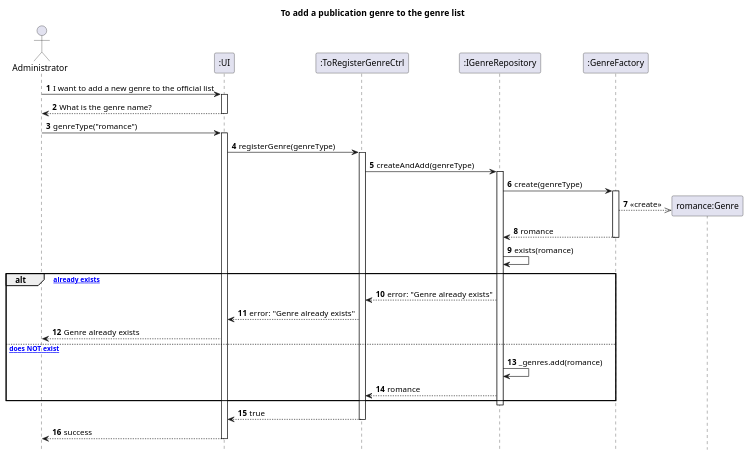
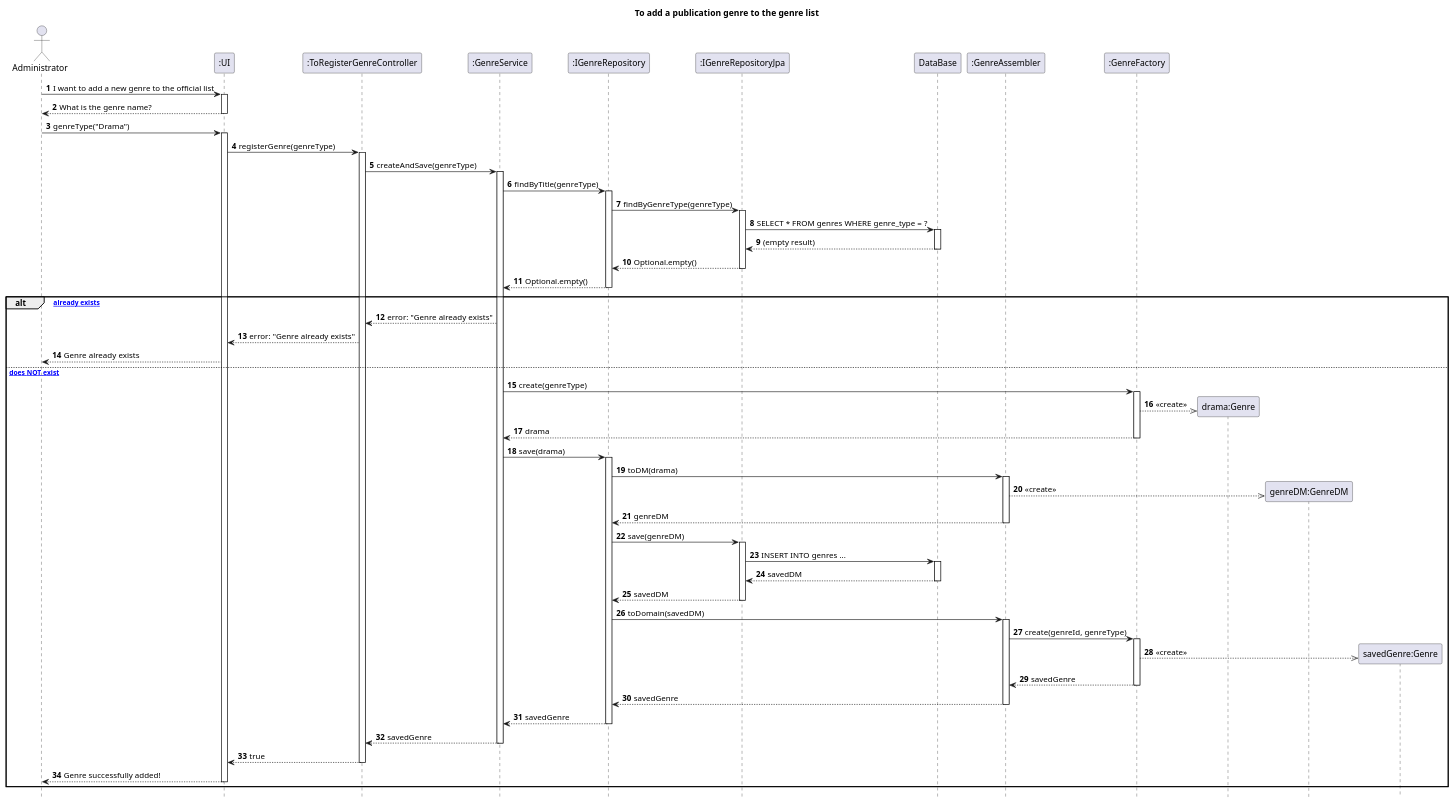
Before and after one commit to AndrePereiraGitH/SWitCH-Project-Team_A: the diagram in Diagrams/SequenceDiagrams/N2/To-add-a-publication-genre-to-the-genre-list.puml, drawn with PlantUML. The commit also changed 2 other files, not shown here.

Commit message:
docs: update ToRegisterGenre diagrams to include persistence layer #754

```diff
--- a/Diagrams/SequenceDiagrams/N2/To-add-a-publication-genre-to-the-genre-list.puml
+++ b/Diagrams/SequenceDiagrams/N2/To-add-a-publication-genre-to-the-genre-list.puml
@@ -1,53 +1,104 @@
 @startuml
 hide footbox
 autonumber
 title To add a publication genre to the genre list
 
 actor Administrator
 participant ":UI" as UI
-participant ":ToRegisterGenreCtrl" as Ctrl
-participant ":IGenreRepository" as genreRepo
-participant ":GenreFactory" as factory
+participant ":ToRegisterGenreController" as Ctrl
+participant ":GenreService" as Service
+participant ":IGenreRepository" as Repo
+participant ":IGenreRepositoryJpa" as JpaRepo
+participant "DataBase" as DB
+participant ":GenreAssembler" as Assembler
+participant ":GenreFactory" as Factory
 
 Administrator -> UI : I want to add a new genre to the official list
 activate UI
 UI --> Administrator : What is the genre name?
 deactivate UI
-Administrator -> UI : genreType("romance")
-
+Administrator -> UI : genreType("Drama")
 activate UI
 
 UI -> Ctrl : registerGenre(genreType)
 activate Ctrl
 
-Ctrl -> genreRepo : createAndAdd(genreType)
-activate genreRepo
+Ctrl -> Service : createAndSave(genreType)
+activate Service
 
-genreRepo -> factory : create(genreType)
-activate factory
-create "romance:Genre" as Genre
-factory -->> Genre : <<create>>
-factory --> genreRepo : romance
-deactivate factory
+Service -> Repo : findByTitle(genreType)
+activate Repo
 
-genreRepo -> genreRepo : exists(romance)
+Repo -> JpaRepo : findByGenreType(genreType)
+activate JpaRepo
+
+JpaRepo -> DB : SELECT * FROM genres WHERE genre_type = ?
+activate DB
+DB --> JpaRepo : (empty result)
+deactivate DB
+
+JpaRepo --> Repo : Optional.empty()
+deactivate JpaRepo
+
+Repo --> Service : Optional.empty()
+deactivate Repo
 
 alt [genre already exists]
-    genreRepo --> Ctrl : error: "Genre already exists"
+    Service --> Ctrl : error: "Genre already exists"
     Ctrl --> UI : error: "Genre already exists"
     UI --> Administrator : Genre already exists
 
 else [genre does NOT exist]
-    genreRepo -> genreRepo : _genres.add(romance)
-    genreRepo --> Ctrl : romance
+
+    Service -> Factory : create(genreType)
+    activate Factory
+    create "drama:Genre" as Genre
+    Factory -->> Genre : <<create>>
+    Factory --> Service : drama
+    deactivate Factory
+
+    Service -> Repo : save(drama)
+    activate Repo
+
+    Repo -> Assembler : toDM(drama)
+    activate Assembler
+    create "genreDM:GenreDM" as GenreDM
+    Assembler -->> GenreDM : <<create>>
+    Assembler --> Repo : genreDM
+    deactivate Assembler
+
+    Repo -> JpaRepo : save(genreDM)
+    activate JpaRepo
+    JpaRepo -> DB : INSERT INTO genres ...
+    activate DB
+    DB --> JpaRepo : savedDM
+    deactivate DB
+    JpaRepo --> Repo : savedDM
+    deactivate JpaRepo
+
+    Repo -> Assembler : toDomain(savedDM)
+    activate Assembler
+    Assembler -> Factory : create(genreId, genreType)
+    activate Factory
+    create "savedGenre:Genre" as SavedGenre
+    Factory -->> SavedGenre : <<create>>
+    Factory --> Assembler : savedGenre
+    deactivate Factory
+    Assembler --> Repo : savedGenre
+    deactivate Assembler
+
+    Repo --> Service : savedGenre
+    deactivate Repo
+
+    Service --> Ctrl : savedGenre
+    deactivate Service
+
+    Ctrl --> UI : true
+    deactivate Ctrl
+
+    UI --> Administrator : Genre successfully added!
+    deactivate UI
+
 end
 
-deactivate genreRepo
-
-Ctrl --> UI : true
-deactivate Ctrl
-
-UI --> Administrator : success
-deactivate UI
-
 @enduml
```
